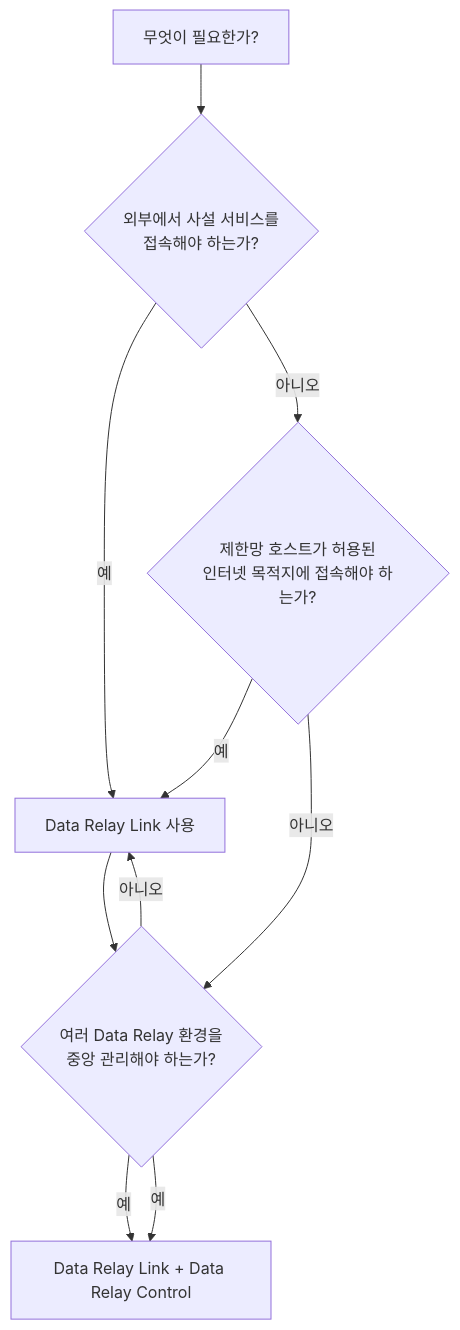
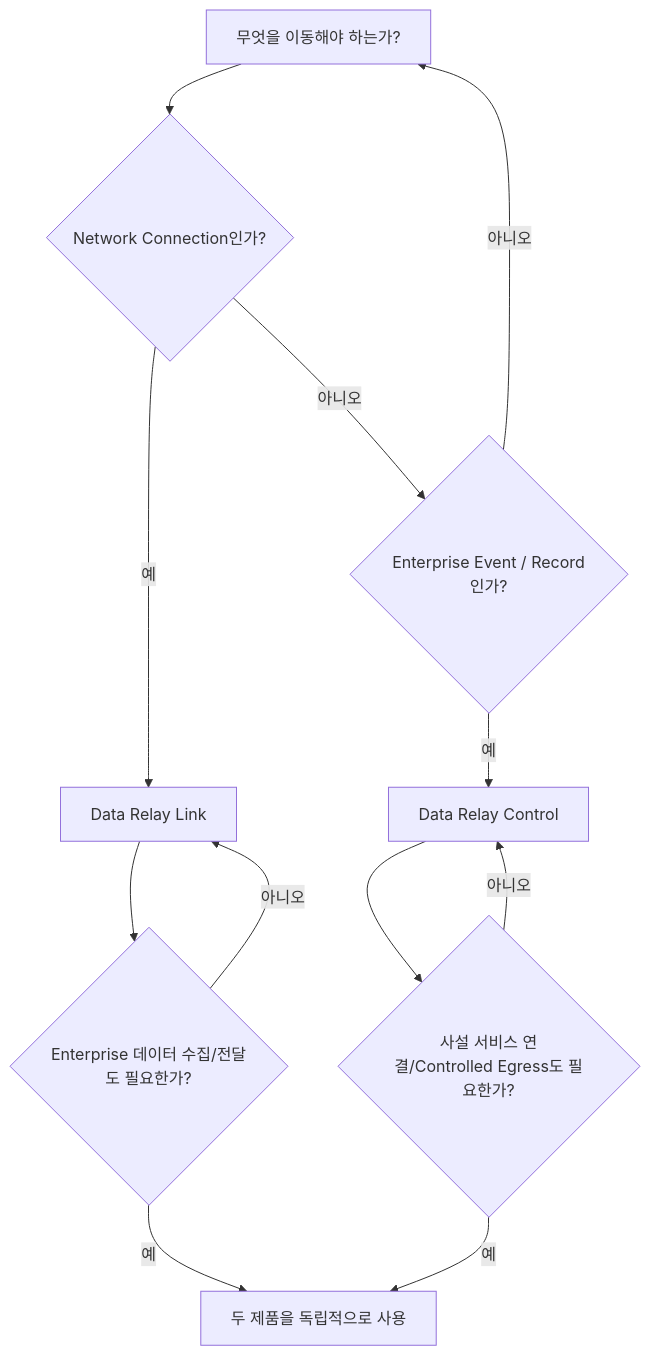
The diagram in ko/getting-started/choose-a-product.mdx (datarelay-labs/data-relay-docs), drawn with Mermaid before and after one commit. The commit also changed other lines of this file, not shown here.

````diff
--- a/ko/getting-started/choose-a-product.mdx
+++ b/ko/getting-started/choose-a-product.mdx
@@ -10,19 +10,21 @@
 ```mermaid
 flowchart TD
-    A[무엇이 필요한가?]
-    B{외부에서 사설 서비스를\n접속해야 하는가?}
-    C{제한망 호스트가 허용된\n인터넷 목적지에 접속해야 하는가?}
-    D{여러 Data Relay 환경을\n중앙 관리해야 하는가?}
-    L[Data Relay Link 사용]
-    LC[Data Relay Link + Data Relay Control]
+    A[무엇을 이동해야 하는가?]
+    B{Network Connection인가?}
+    C{Enterprise Event / Record인가?}
+    L[Data Relay Link]
+    D[Data Relay Control]
+    BOTH[두 제품을 독립적으로 사용]
 
     A --> B
     B -->|예| L
     B -->|아니오| C
-    C -->|예| L
-    C -->|아니오| D
-    D -->|예| LC
-    D -->|아니오| L
-    L --> D
-    D -->|예| LC
+    C -->|예| D
+    C -->|아니오| A
+    L --> Q{Enterprise 데이터 수집/전달도 필요한가?}
+    Q -->|예| BOTH
+    Q -->|아니오| L
+    D --> R{사설 서비스 연결/Controlled Egress도 필요한가?}
+    R -->|예| BOTH
+    R -->|아니오| D
 ```
````
